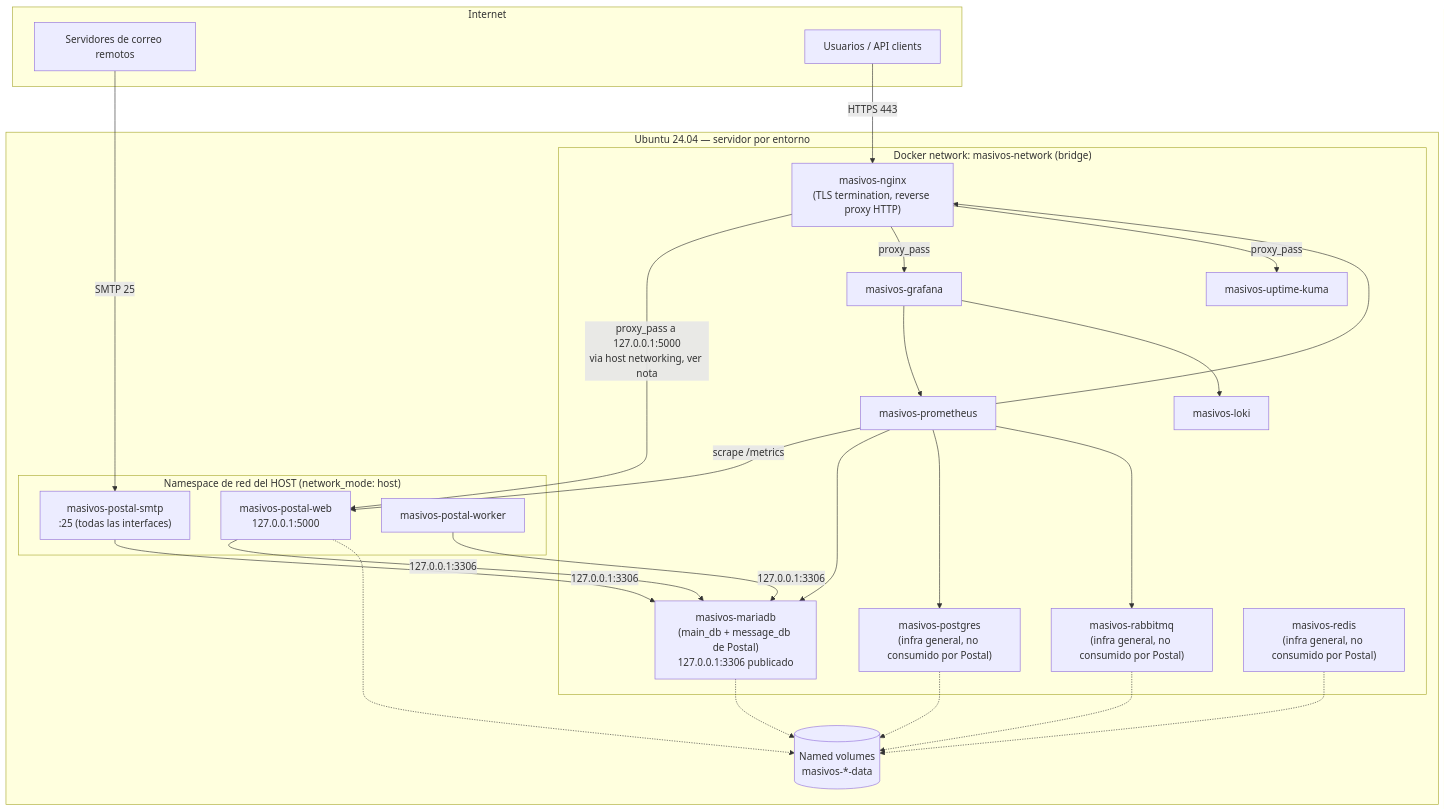
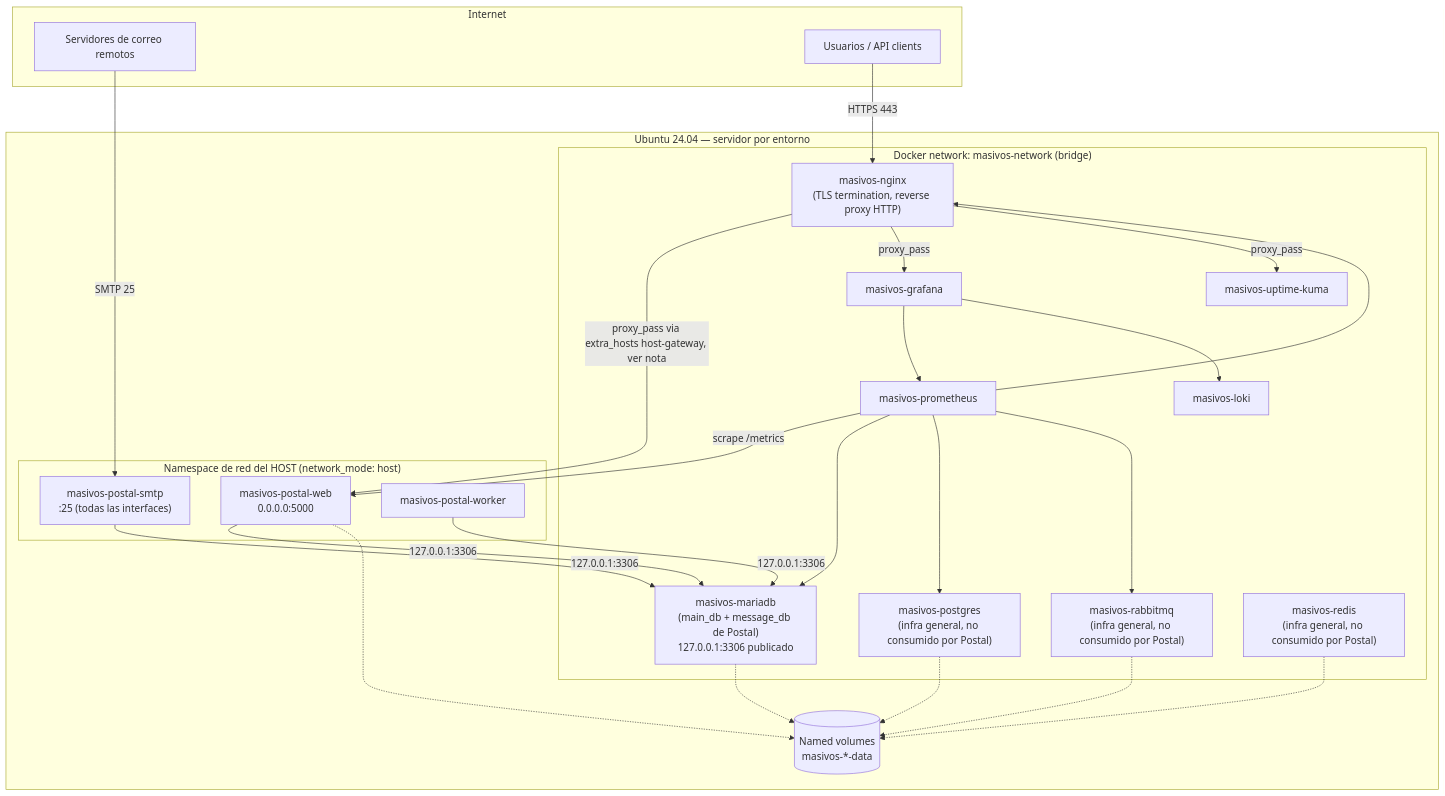
Before and after one commit to crearimagen/masivos-infra: the diagram in docs/architecture.md, drawn with Mermaid. The commit also changed other lines of this file and 18 other files, not shown here.

First line of the commit message:
feat(nginx): implement TLS-terminating reverse proxy with Let's Encrypt DNS-01

````diff
--- a/docs/architecture.md
+++ b/docs/architecture.md
@@ -13,54 +13,54 @@
 ```mermaid
 flowchart TB
     subgraph Internet
         MTA[Servidores de correo remotos]
         Browser[Usuarios / API clients]
     end
 
     subgraph Host["Ubuntu 24.04 — servidor por entorno"]
         subgraph HostNet["Namespace de red del HOST (network_mode: host)"]
-            PostalWeb["masivos-postal-web\n127.0.0.1:5000"]
+            PostalWeb["masivos-postal-web\n0.0.0.0:5000"]
             PostalSMTP["masivos-postal-smtp\n:25 (todas las interfaces)"]
             PostalWorker["masivos-postal-worker"]
         end
 
         subgraph net["Docker network: masivos-network (bridge)"]
             Nginx["masivos-nginx\n(TLS termination, reverse proxy HTTP)"]
             MariaDB["masivos-mariadb\n(main_db + message_db de Postal)\n127.0.0.1:3306 publicado"]
             PG["masivos-postgres\n(infra general, no consumido por Postal)"]
             RMQ["masivos-rabbitmq\n(infra general, no consumido por Postal)"]
             Redis["masivos-redis\n(infra general, no consumido por Postal)"]
             Prom["masivos-prometheus"]
             Graf["masivos-grafana"]
             Loki["masivos-loki"]
             Kuma["masivos-uptime-kuma"]
         end
 
         Vols[(Named volumes\nmasivos-*-data)]
     end
 
     MTA -->|SMTP 25| PostalSMTP
 
     Browser -->|HTTPS 443| Nginx
-    Nginx -->|proxy_pass a 127.0.0.1:5000\nvia host networking, ver nota| PostalWeb
+    Nginx -->|proxy_pass via extra_hosts host-gateway, ver nota| PostalWeb
     Nginx -->|proxy_pass| Graf
     Nginx -->|proxy_pass| Kuma
 
     PostalWeb -->|127.0.0.1:3306| MariaDB
     PostalSMTP -->|127.0.0.1:3306| MariaDB
     PostalWorker -->|127.0.0.1:3306| MariaDB
 
     Prom -->|scrape /metrics| PostalWeb
     Prom --> MariaDB
     Prom --> PG
     Prom --> RMQ
     Prom --> Nginx
     Graf --> Prom
     Graf --> Loki
 
     MariaDB -.-> Vols
     PG -.-> Vols
     RMQ -.-> Vols
     Redis -.-> Vols
     PostalWeb -.-> Vols
 ```
````
